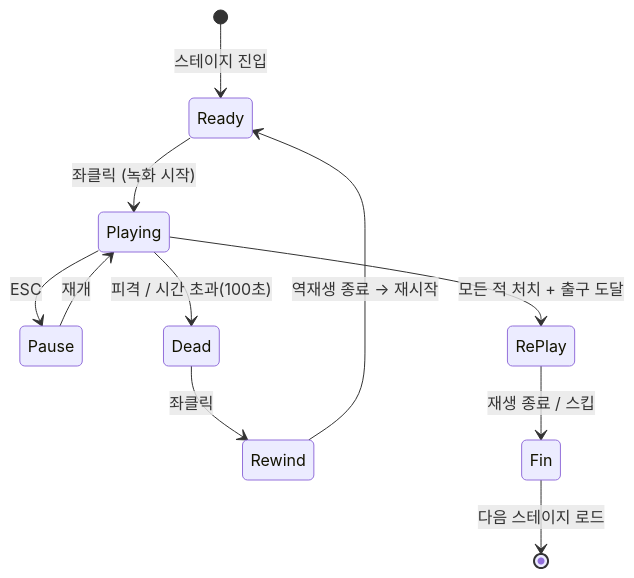
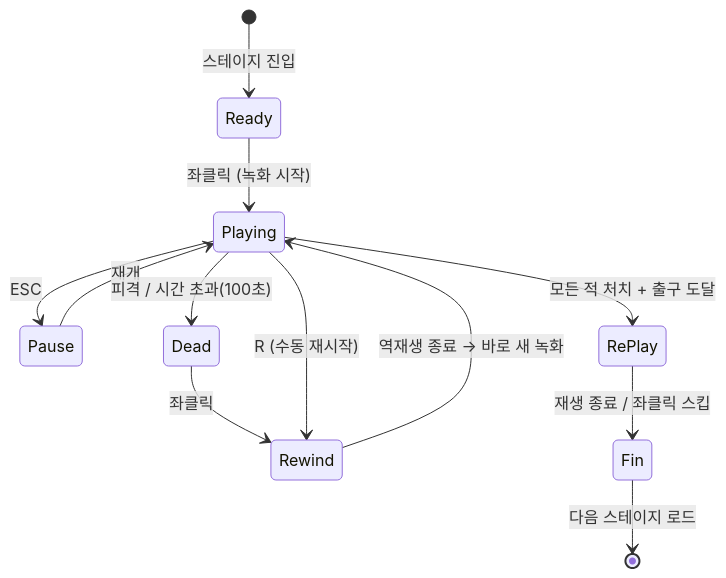
The second of 6 diagrams in src/03-katana-zero/기술문서.md (NaJungWon/portfolio), drawn with Mermaid before and after one commit. The commit also changed other lines of this file and 5 other files, not shown here.

````diff
--- a/src/03-katana-zero/기술문서.md
+++ b/src/03-katana-zero/기술문서.md
@@ -110,13 +111,14 @@
 ```mermaid
 stateDiagram-v2
     [*] --> Ready: 스테이지 진입
     Ready --> Playing: 좌클릭 (녹화 시작)
     Playing --> Pause: ESC
     Pause --> Playing: 재개
     Playing --> Dead: 피격 / 시간 초과(100초)
     Dead --> Rewind: 좌클릭
-    Rewind --> Ready: 역재생 종료 → 재시작
+    Playing --> Rewind: R (수동 재시작)
+    Rewind --> Playing: 역재생 종료 → 바로 새 녹화
     Playing --> RePlay: 모든 적 처치 + 출구 도달
-    RePlay --> Fin: 재생 종료 / 스킵
+    RePlay --> Fin: 재생 종료 / 좌클릭 스킵
     Fin --> [*]: 다음 스테이지 로드
 ```
````
